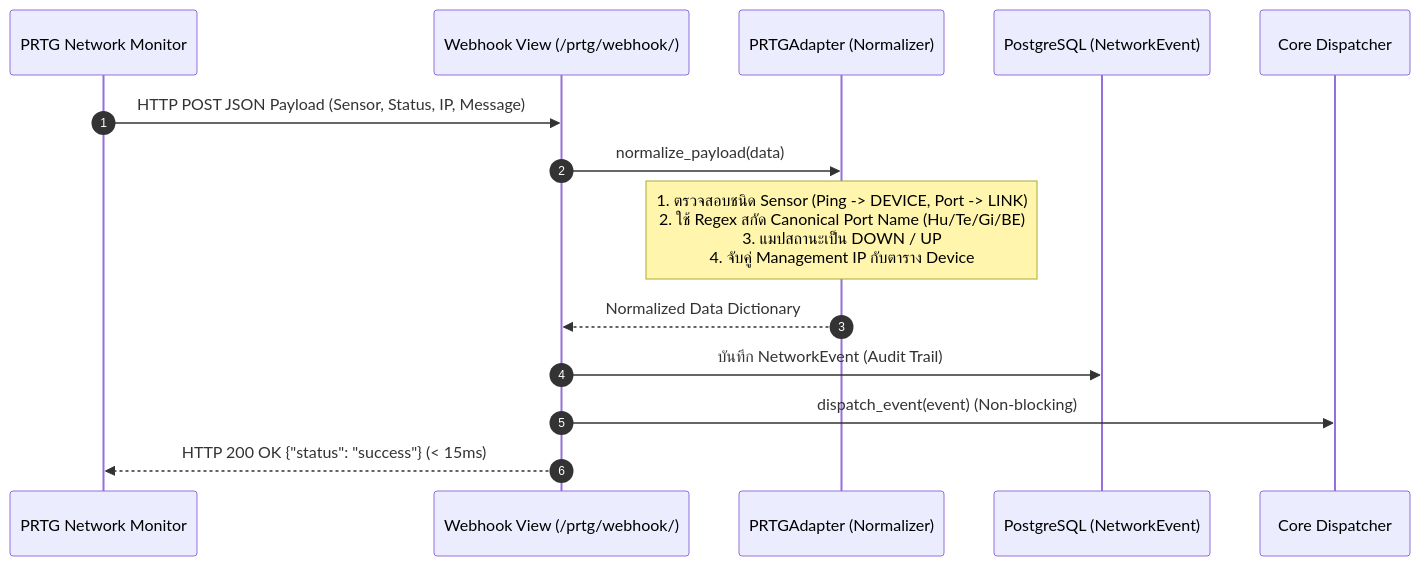
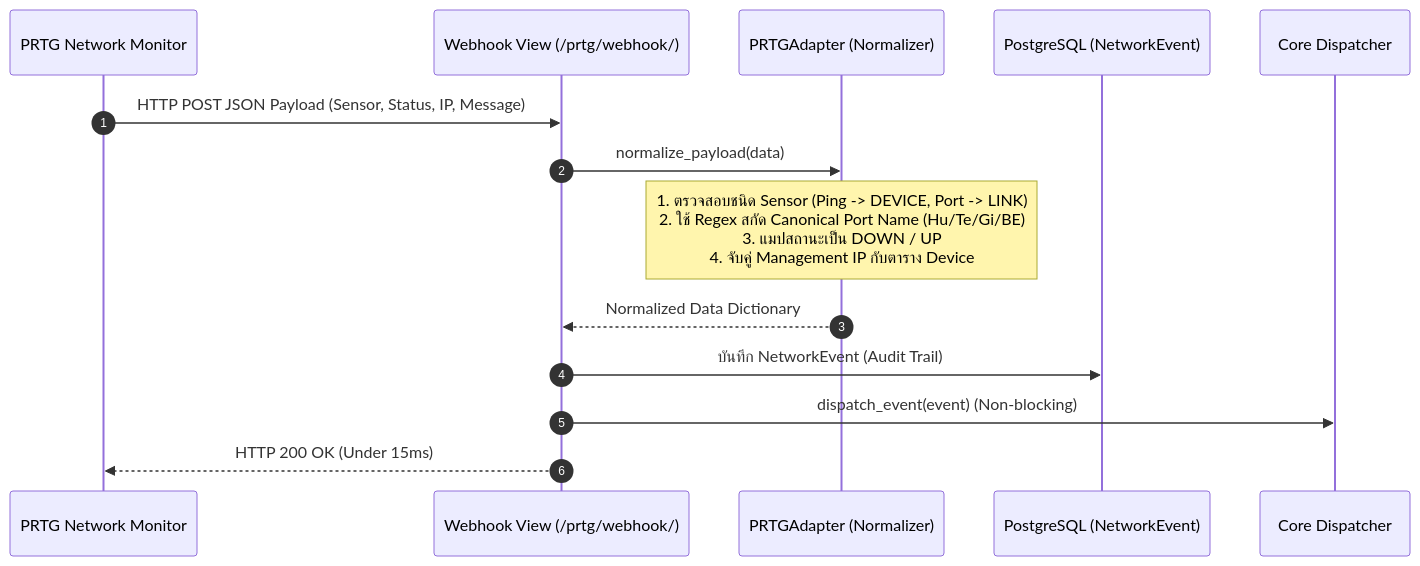
The second of 9 diagrams in system_workflow_update.md (gnohpmos/event-analyzer), drawn with Mermaid before and after one commit. The commit also changed other lines of this file, not shown here.

Commit message:
feat: integrate IPGET & TTS APIs, compact status column, and update workflow doc

````diff
--- a/system_workflow_update.md
+++ b/system_workflow_update.md
@@ -98,17 +98,17 @@
 ```mermaid
 sequenceDiagram
     autonumber
     participant PRTG as PRTG Network Monitor
     participant Webhook as Webhook View (/prtg/webhook/)
     participant Adapter as PRTGAdapter (Normalizer)
     participant DB as PostgreSQL (NetworkEvent)
     participant Dispatcher as Core Dispatcher
 
     PRTG->>Webhook: HTTP POST JSON Payload (Sensor, Status, IP, Message)
     Webhook->>Adapter: normalize_payload(data)
     Note over Adapter: 1. ตรวจสอบชนิด Sensor (Ping -> DEVICE, Port -> LINK)<br/>2. ใช้ Regex สกัด Canonical Port Name (Hu/Te/Gi/BE)<br/>3. แมปสถานะเป็น DOWN / UP<br/>4. จับคู่ Management IP กับตาราง Device
     Adapter-->>Webhook: Normalized Data Dictionary
     Webhook->>DB: บันทึก NetworkEvent (Audit Trail)
     Webhook->>Dispatcher: dispatch_event(event) (Non-blocking)
-    Webhook-->>PRTG: HTTP 200 OK {"status": "success"} (< 15ms)
+    Webhook-->>PRTG: HTTP 200 OK (Under 15ms)
 ```
````
